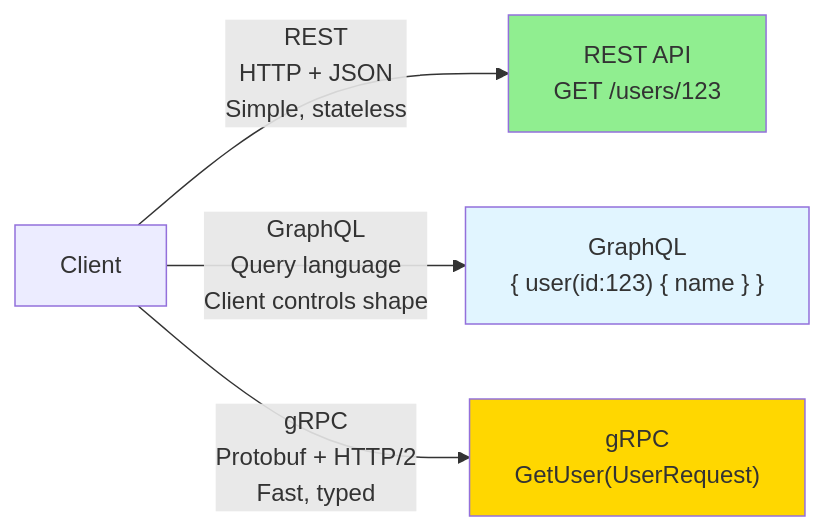
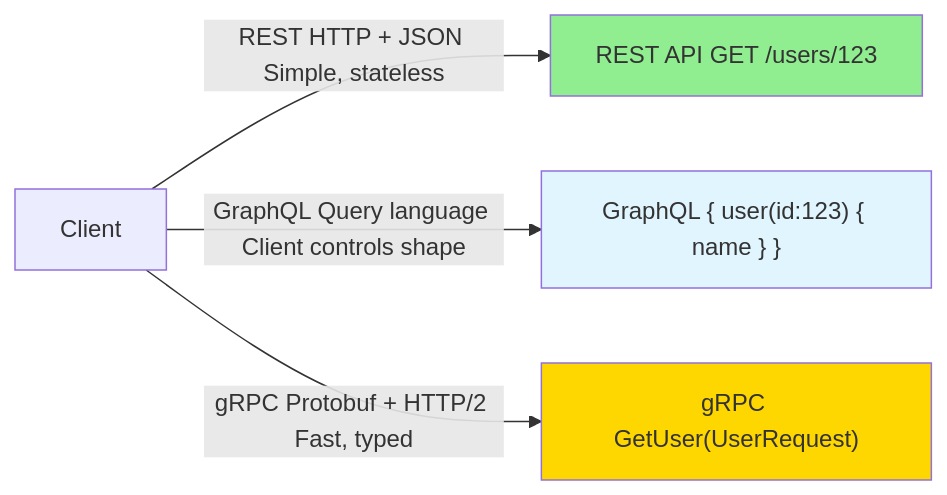
The first of 2 diagrams in ysk/system-design/in-a-hurry/02-api-design.md (snesjhon/snesjhon), drawn with Mermaid before and after one commit. The commit also changed 9 other files, not shown here.

````diff
--- a/ysk/system-design/in-a-hurry/02-api-design.md
+++ b/ysk/system-design/in-a-hurry/02-api-design.md
@@ -17,12 +17,12 @@
 ```mermaid
 graph LR
     Client["Client"]
 
-    Client -->|"REST\nHTTP + JSON\nSimple, stateless"| REST["REST API\nGET /users/123"]
-    Client -->|"GraphQL\nQuery language\nClient controls shape"| GQL["GraphQL\n{ user(id:123) { name } }"]
-    Client -->|"gRPC\nProtobuf + HTTP/2\nFast, typed"| GRPC["gRPC\nGetUser(UserRequest)"]
+    Client -->|"REST HTTP + JSON Simple, stateless"| REST["REST API GET /users/123"]
+    Client -->|"GraphQL Query language Client controls shape"| GQL["GraphQL { user(id:123) { name } }"]
+    Client -->|"gRPC Protobuf + HTTP/2 Fast, typed"| GRPC["gRPC GetUser(UserRequest)"]
 
     style REST fill:#90EE90
     style GQL fill:#e1f5ff
     style GRPC fill:#FFD700
 ```
````
